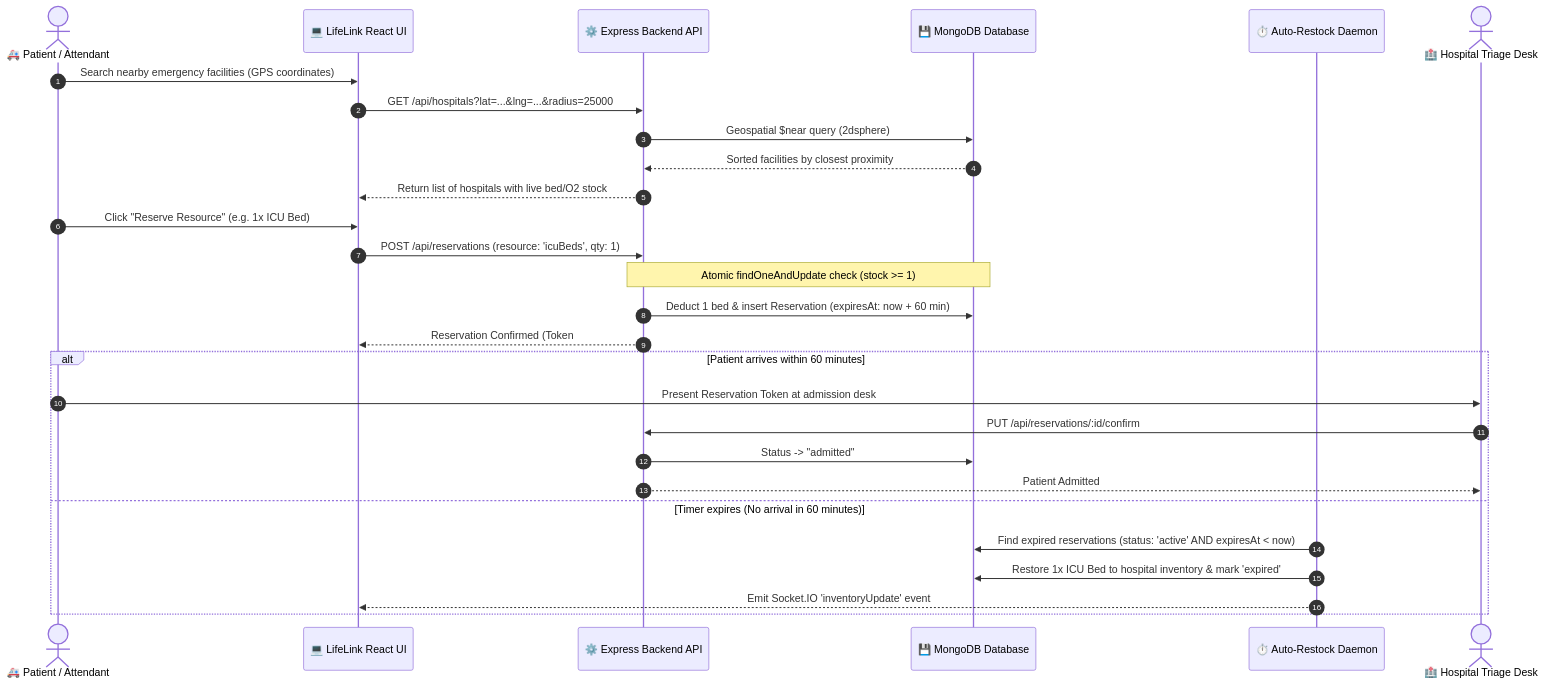
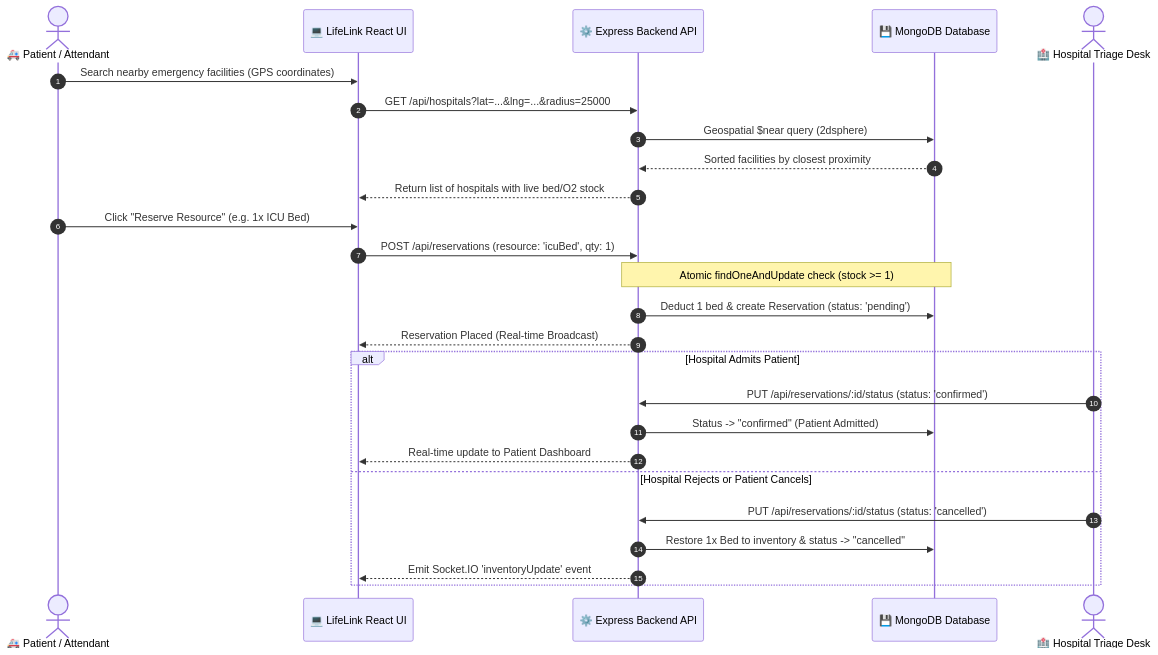
The second of 3 diagrams in README.md (CharudattaPatil-AC/Vital-Link), drawn with Mermaid before and after one commit. The commit also changed other lines of this file and 7 other files, not shown here.

Commit message:
refactor: simplify reservation workflow by removing 60-second cron daemon in favor of direct hospital admission and restock

````diff
--- a/README.md
+++ b/README.md
@@ -85,33 +82,31 @@
 ```mermaid
 sequenceDiagram
     autonumber
     actor Patient as 🚑 Patient / Attendant
     participant Frontend as 💻 LifeLink React UI
     participant Backend as ⚙️ Express Backend API
     participant MongoDB as 💾 MongoDB Database
-    participant Daemon as ⏱️ Auto-Restock Daemon
     actor Triage as 🏥 Hospital Triage Desk
 
     Patient->>Frontend: Search nearby emergency facilities (GPS coordinates)
     Frontend->>Backend: GET /api/hospitals?lat=...&lng=...&radius=25000
     Backend->>MongoDB: Geospatial $near query (2dsphere)
     MongoDB-->>Backend: Sorted facilities by closest proximity
     Backend-->>Frontend: Return list of hospitals with live bed/O2 stock
 
     Patient->>Frontend: Click "Reserve Resource" (e.g. 1x ICU Bed)
-    Frontend->>Backend: POST /api/reservations (resource: 'icuBeds', qty: 1)
+    Frontend->>Backend: POST /api/reservations (resource: 'icuBed', qty: 1)
     Note over Backend,MongoDB: Atomic findOneAndUpdate check (stock >= 1)
-    Backend->>MongoDB: Deduct 1 bed & insert Reservation (expiresAt: now + 60 min)
-    Backend-->>Frontend: Reservation Confirmed (Token #ABC12345)
+    Backend->>MongoDB: Deduct 1 bed & create Reservation (status: 'pending')
+    Backend-->>Frontend: Reservation Placed (Real-time Broadcast)
 
-    alt Patient arrives within 60 minutes
-        Patient->>Triage: Present Reservation Token at admission desk
-        Triage->>Backend: PUT /api/reservations/:id/confirm
-        Backend->>MongoDB: Status -> "admitted"
-        Backend-->>Triage: Patient Admitted
-    else Timer expires (No arrival in 60 minutes)
-        Daemon->>MongoDB: Find expired reservations (status: 'active' AND expiresAt < now)
-        Daemon->>MongoDB: Restore 1x ICU Bed to hospital inventory & mark 'expired'
-        Daemon-->>Frontend: Emit Socket.IO 'inventoryUpdate' event
+    alt Hospital Admits Patient
+        Triage->>Backend: PUT /api/reservations/:id/status (status: 'confirmed')
+        Backend->>MongoDB: Status -> "confirmed" (Patient Admitted)
+        Backend-->>Frontend: Real-time update to Patient Dashboard
+    else Hospital Rejects or Patient Cancels
+        Triage->>Backend: PUT /api/reservations/:id/status (status: 'cancelled')
+        Backend->>MongoDB: Restore 1x Bed to inventory & status -> "cancelled"
+        Backend-->>Frontend: Emit Socket.IO 'inventoryUpdate' event
     end
 ```
````
